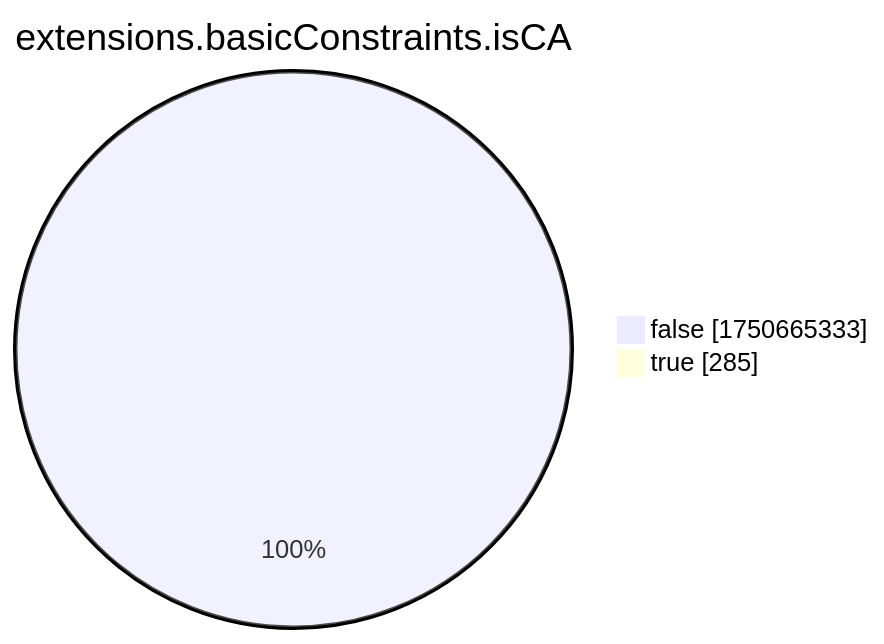
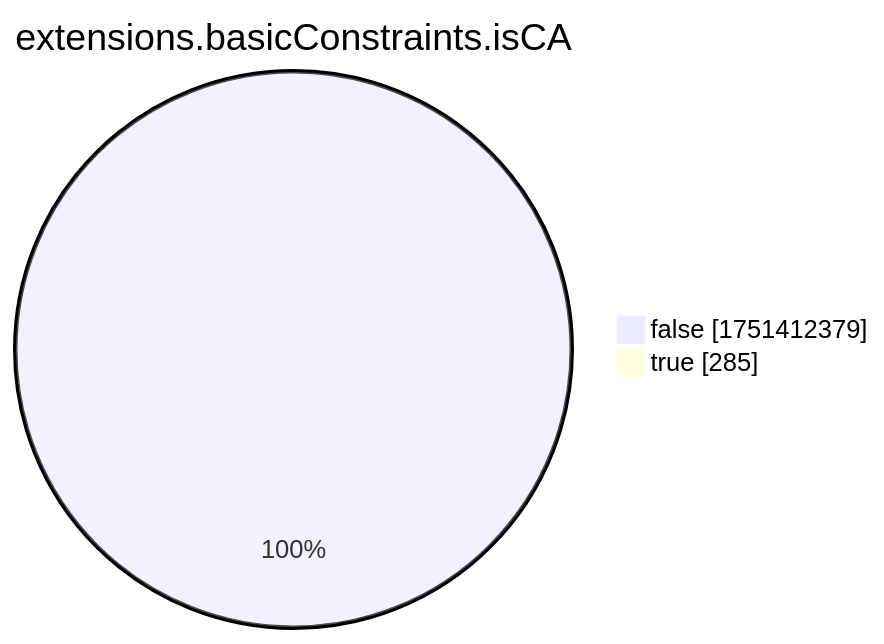
Before and after one commit to christiankrug/ctmonitor_visualization: the eighth of 15 diagrams in xenon2022/README.md, drawn with Mermaid. The commit also changed other lines of this file, not shown here.

````diff
--- a/xenon2022/README.md
+++ b/xenon2022/README.md
@@ -2867,6 +2867,6 @@
 ```mermaid
 pie showData
 title extensions.basicConstraints.isCA
-"false" :1750665333
+"false" :1751412379
 "true" :285
 ```
````
